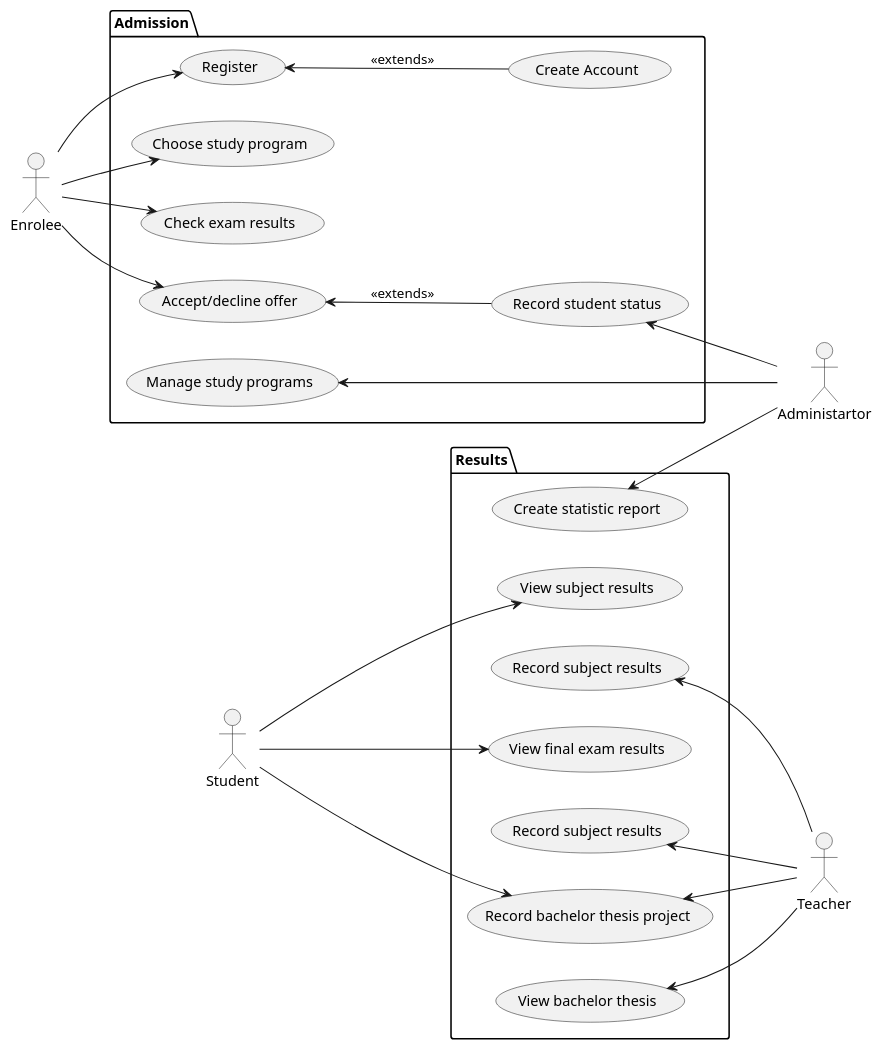
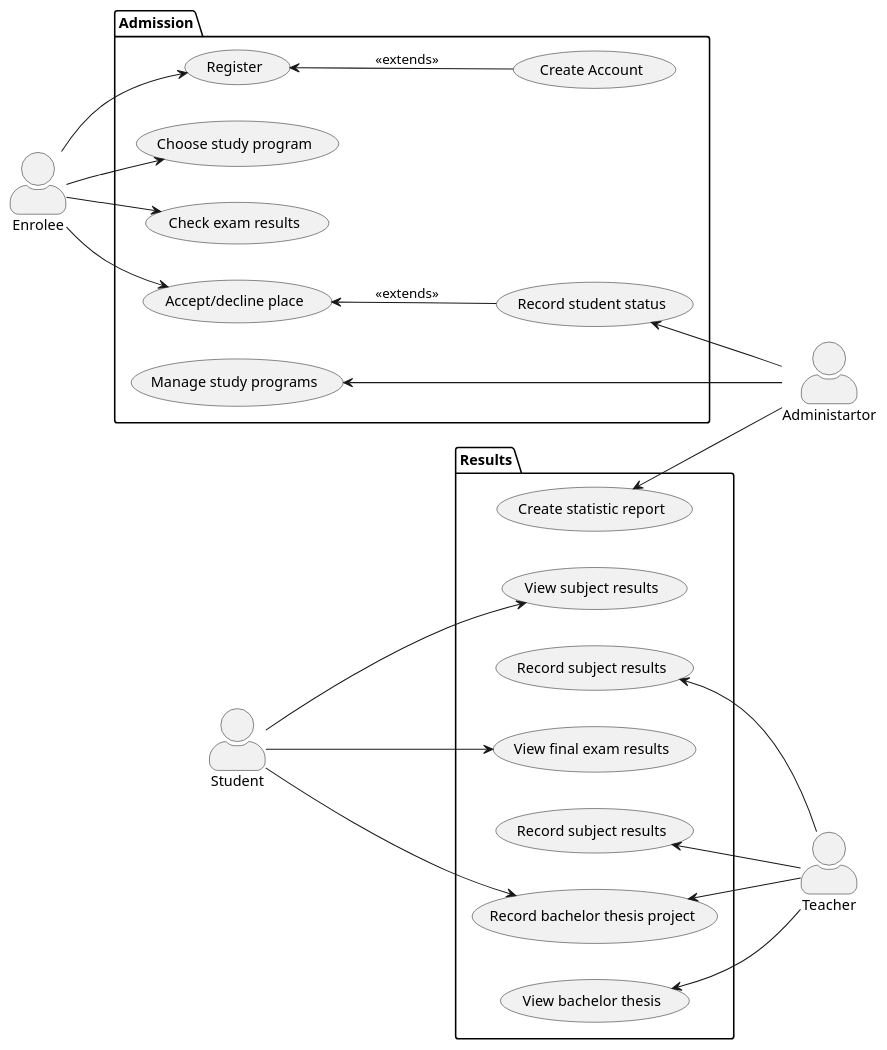
The diagram in seminar-work-template.md (915-Muscalagiu-AncaIoana/NSWI041), drawn with PlantUML before and after one commit. The commit also changed other lines of this file, not shown here.

Commit message:
diagram + actors + user req

````diff
--- a/seminar-work-template.md
+++ b/seminar-work-template.md
@@ -49,52 +49,54 @@
 ```plantuml
 @startuml
 left to right direction
+
+skinparam actorStyle awesome
 actor Enrolee as e
 actor Administartor as a
 actor Student as s
 actor Teacher as t
 
 ' package Professional {
 '   actor Chef as c
 '   actor "Food Critic" as fc
 ' }
 package Admission {
   usecase "Register" as UC1
   usecase "Create Account" as UC2
   usecase "Choose study program" as UC3
   usecase "Manage study programs" as UC4
   usecase "Check exam results" as UC5
   usecase "Record student status" as UC6
-  usecase "Accept/decline offer" as UC7
+  usecase "Accept/decline place" as UC7
 }
 
 e --> UC1
 UC1 <-- UC2 : << extends >>
 e --> UC3
 UC4 <-- a
 e --> UC5
 UC6 <-- a 
 UC7 <-- UC6 : << extends >> 
 e --> UC7
 
 package Results {
   usecase "Create statistic report" as UC14
   usecase "View subject results" as UC8
   usecase "Record subject results" as UC9
   usecase "View final exam results" as UC10
   usecase "Record subject results" as UC11
   usecase "Record bachelor thesis project" as UC12
   usecase "View bachelor thesis" as UC13
 }
 
 UC14 <-- a
 UC9 <-- t
 s --> UC8
 UC11 <-- t
 s --> UC10
 s --> UC12
 UC12 <-- t
 UC13 <-- t
 
 @enduml
 ```
````
